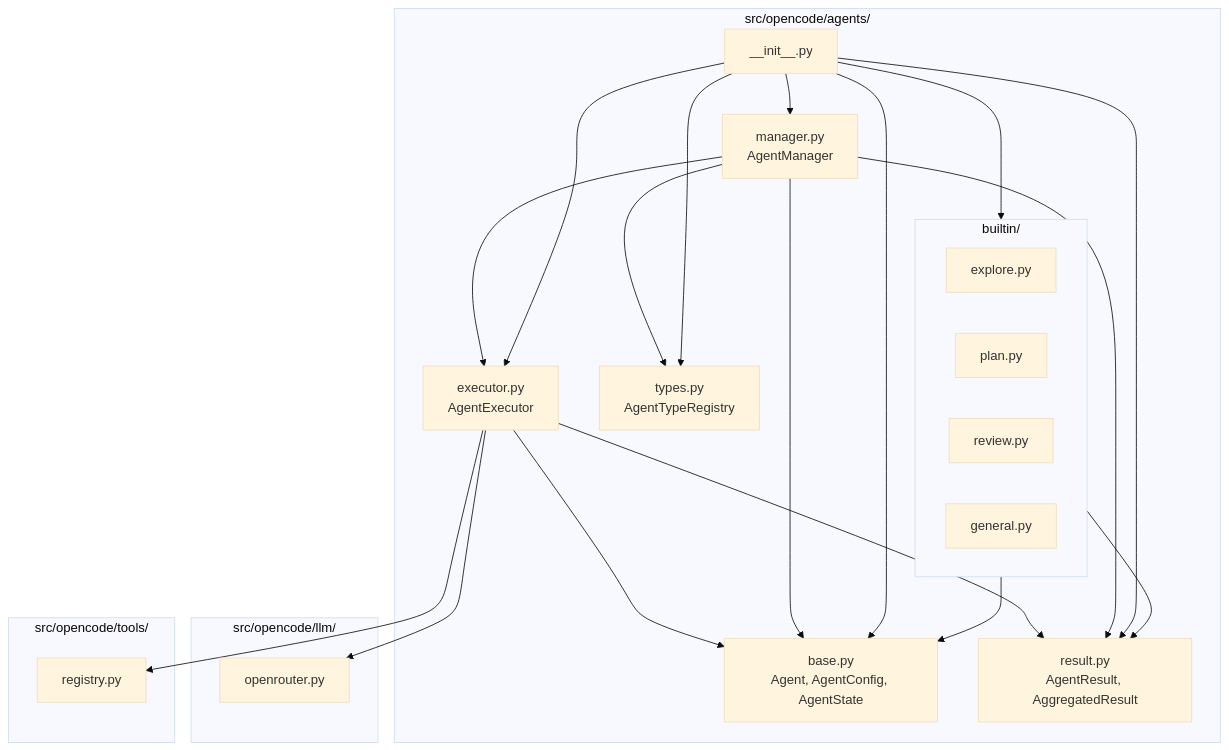
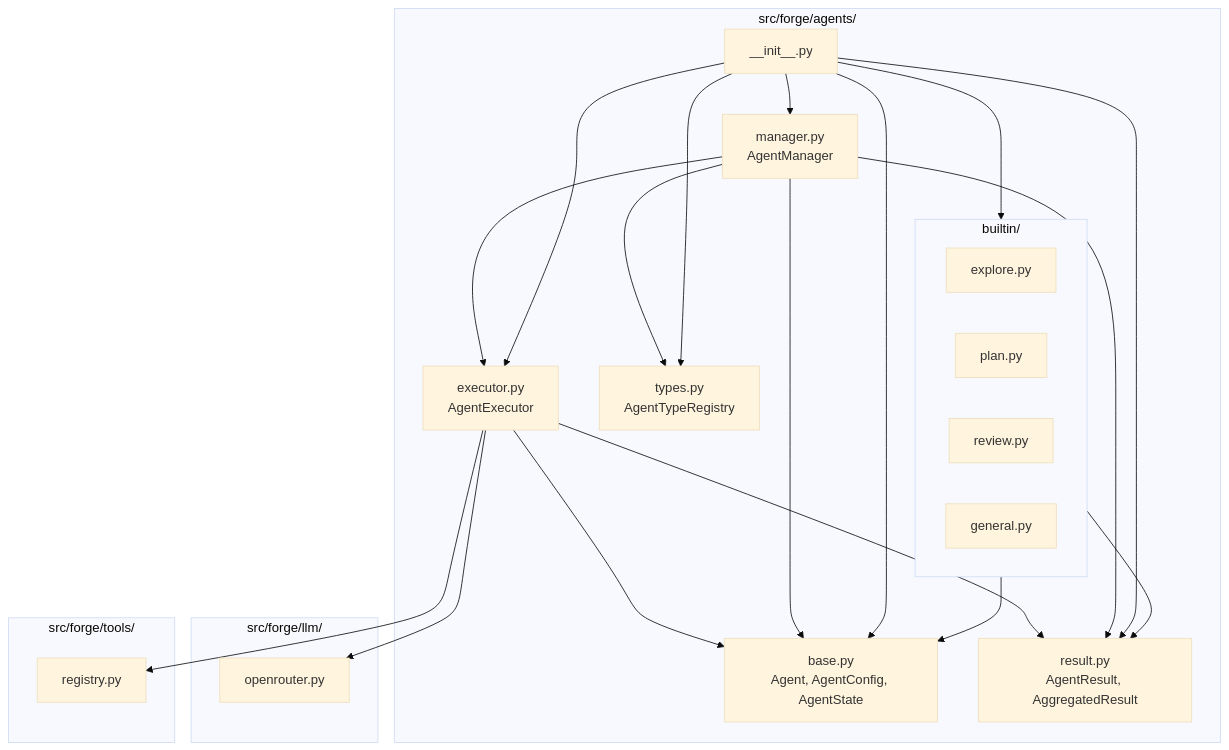
Before and after one commit to corey-rosamond/Code-Forge: the sixth of 14 diagrams in .ai/phase/7.1/UML.md, drawn with Mermaid (base theme). The commit also changed 505 other files, not shown here.

````diff
--- a/.ai/phase/7.1/UML.md
+++ b/.ai/phase/7.1/UML.md
@@ -242,46 +242,46 @@
 ```mermaid
 flowchart TB
-    subgraph AgentsPkg["src/opencode/agents/"]
+    subgraph AgentsPkg["src/forge/agents/"]
         INIT["__init__.py"]
         BASE["base.py<br/>Agent, AgentConfig, AgentState"]
         RESULT["result.py<br/>AgentResult, AggregatedResult"]
         TYPES["types.py<br/>AgentTypeRegistry"]
         EXECUTOR["executor.py<br/>AgentExecutor"]
         MANAGER["manager.py<br/>AgentManager"]
 
         subgraph BuiltinPkg["builtin/"]
             EXPLORE["explore.py"]
             PLAN["plan.py"]
             REVIEW["review.py"]
             GENERAL["general.py"]
         end
     end
 
-    subgraph LLMPkg["src/opencode/llm/"]
+    subgraph LLMPkg["src/forge/llm/"]
         LLM["openrouter.py"]
     end
 
-    subgraph ToolsPkg["src/opencode/tools/"]
+    subgraph ToolsPkg["src/forge/tools/"]
         TOOLS["registry.py"]
     end
 
     EXECUTOR --> BASE
     EXECUTOR --> RESULT
     EXECUTOR --> LLM
     EXECUTOR --> TOOLS
 
     MANAGER --> EXECUTOR
     MANAGER --> BASE
     MANAGER --> RESULT
     MANAGER --> TYPES
 
     BuiltinPkg --> BASE
     BuiltinPkg --> RESULT
 
     INIT --> BASE
     INIT --> RESULT
     INIT --> TYPES
     INIT --> EXECUTOR
     INIT --> MANAGER
     INIT --> BuiltinPkg
 ```
````
